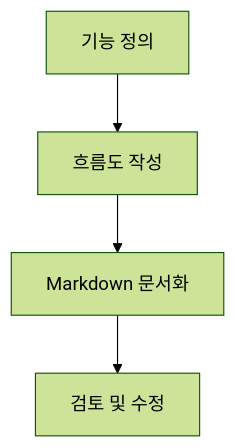
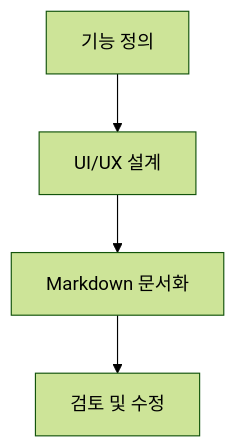
One commit to ustudiopd/vibe_coding changed the third of 7 diagrams in vibe_coding_timeline.md. Above: the diagram before and after it, drawn with Mermaid (forest theme). The commit also changed other lines of this file, not shown here.

````diff
--- a/vibe_coding_timeline.md
+++ b/vibe_coding_timeline.md
@@ -53,6 +61,6 @@
 ```mermaid
 graph TD
-    A[기능 정의] --> B[흐름도 작성]
+    A[기능 정의] --> B[UI/UX 설계]
     B --> C[Markdown 문서화]
     C --> D[검토 및 수정]
 ```
````
